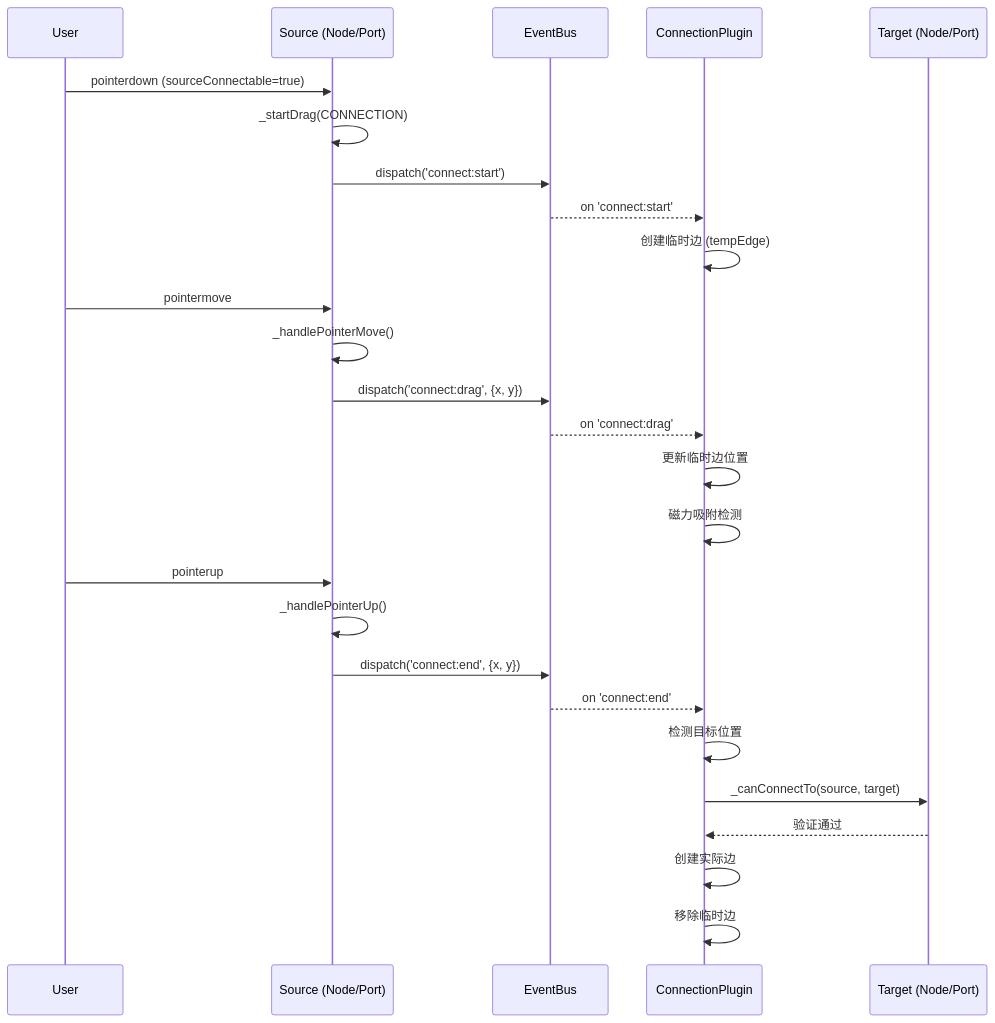
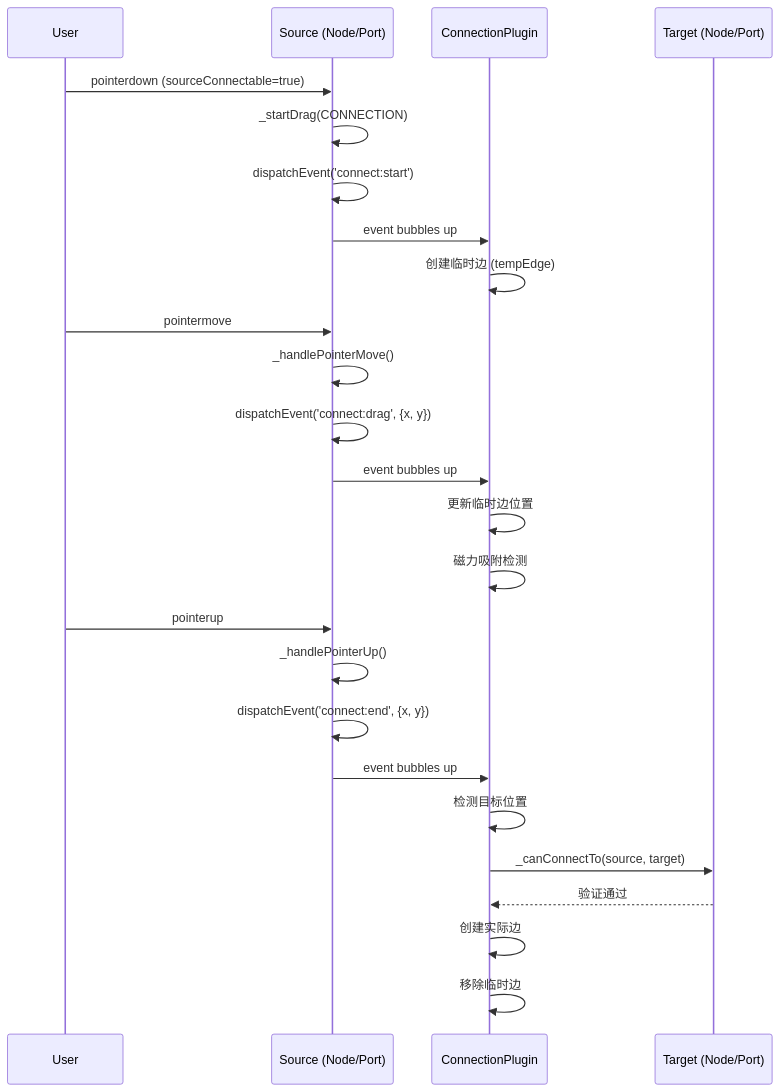
One commit to lloydzhou/ge changed the eighth of 9 diagrams in packages/ge-core/docs/ARCHITECTURE.md. Above: the diagram before and after it, drawn with Mermaid. The commit also changed other lines of this file and 1 other file, not shown here.

First line of the commit message:
docs: remove eventBus references and correct event naming

````diff
--- a/packages/ge-core/docs/ARCHITECTURE.md
+++ b/packages/ge-core/docs/ARCHITECTURE.md
@@ -347,31 +347,30 @@
 ```mermaid
 sequenceDiagram
     participant U as User
     participant S as Source (Node/Port)
-    participant E as EventBus
     participant P as ConnectionPlugin
     participant T as Target (Node/Port)
 
     U->>S: pointerdown (sourceConnectable=true)
     S->>S: _startDrag(CONNECTION)
-    S->>E: dispatch('connect:start')
-    E-->>P: on 'connect:start'
+    S->>S: dispatchEvent('connect:start')
+    S->>P: event bubbles up
     P->>P: 创建临时边 (tempEdge)
 
     U->>S: pointermove
     S->>S: _handlePointerMove()
-    S->>E: dispatch('connect:drag', {x, y})
-    E-->>P: on 'connect:drag'
+    S->>S: dispatchEvent('connect:drag', {x, y})
+    S->>P: event bubbles up
     P->>P: 更新临时边位置
     P->>P: 磁力吸附检测
 
     U->>S: pointerup
     S->>S: _handlePointerUp()
-    S->>E: dispatch('connect:end', {x, y})
-    E-->>P: on 'connect:end'
+    S->>S: dispatchEvent('connect:end', {x, y})
+    S->>P: event bubbles up
     P->>P: 检测目标位置
     P->>T: _canConnectTo(source, target)
     T-->>P: 验证通过
     P->>P: 创建实际边
     P->>P: 移除临时边
 ```
````
